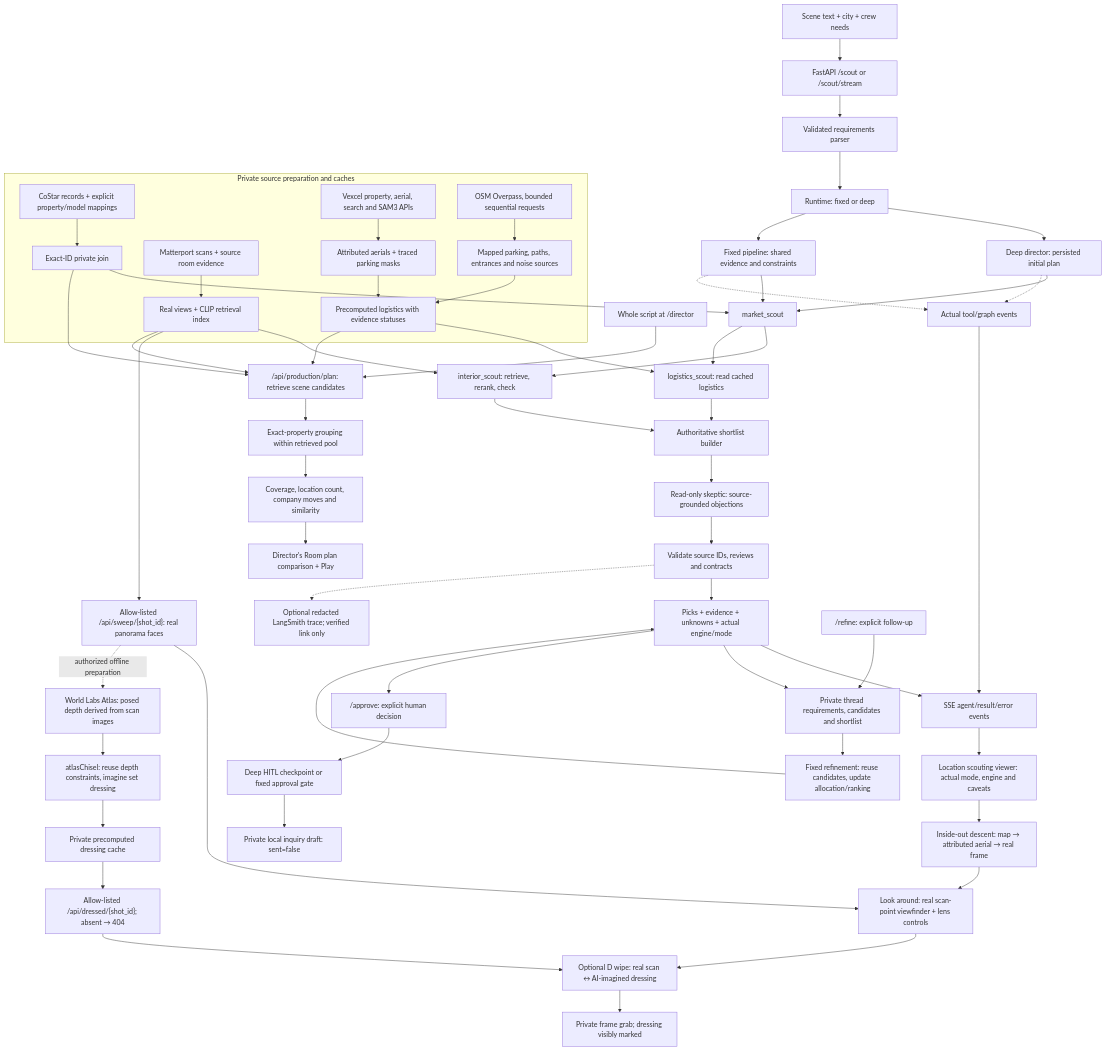
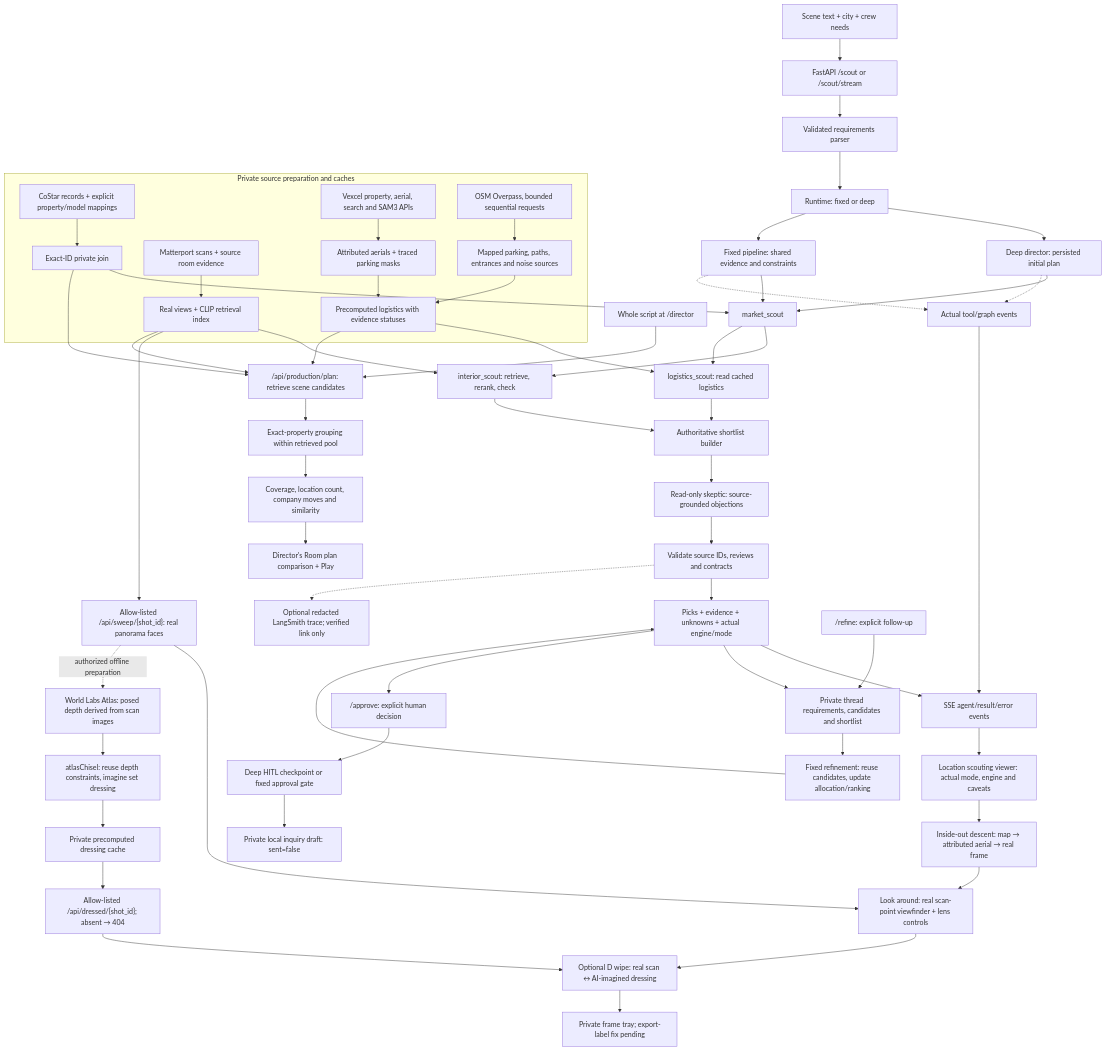
One commit to Tecncentral/typecast changed the diagram in docs/architecture.md. Above: the diagram before and after it, drawn with Mermaid. The commit also changed other lines of this file and 3 other files, not shown here.

Commit message:
Keep dressed frame export claim gated on label verification

````diff
--- a/docs/architecture.md
+++ b/docs/architecture.md
@@ -5,66 +5,66 @@
 ```mermaid
 flowchart TD
     Scene["Scene text + city + crew needs"] --> API["FastAPI /scout or /scout/stream"]
     API --> Parse["Validated requirements parser"]
     Parse --> Runtime["Runtime: fixed or deep"]
     Runtime --> Director["Deep director: persisted initial plan"]
     Runtime --> Fixed["Fixed pipeline: shared evidence and constraints"]
 
     subgraph Private["Private source preparation and caches"]
         CoStar["CoStar records + explicit property/model mappings"] --> Join["Exact-ID private join"]
         Matterport["Matterport scans + source room evidence"] --> Index["Real views + CLIP retrieval index"]
         Vexcel["Vexcel property, aerial, search and SAM3 APIs"] --> Aerial["Attributed aerials + traced parking masks"]
         OSM["OSM Overpass, bounded sequential requests"] --> Mapped["Mapped parking, paths, entrances and noise sources"]
         Aerial --> Cache["Precomputed logistics with evidence statuses"]
         Mapped --> Cache
     end
 
     Director --> Market["market_scout"]
     Fixed --> Market
     Join --> Market
     Market --> Interior["interior_scout: retrieve, rerank, check"]
     Market --> Logistics["logistics_scout: read cached logistics"]
     Index --> Interior
     Cache --> Logistics
     Interior --> Shortlist["Authoritative shortlist builder"]
     Logistics --> Shortlist
     Shortlist --> Skeptic["Read-only skeptic: source-grounded objections"]
     Skeptic --> Validate["Validate source IDs, reviews and contracts"]
     Validate --> Result["Picks + evidence + unknowns + actual engine/mode"]
 
     Director -.-> Events["Actual tool/graph events"]
     Fixed -.-> Events
     Events --> SSE["SSE agent/result/error events"]
     Result --> SSE
     Validate -.-> Trace["Optional redacted LangSmith trace; verified link only"]
 
     SSE --> Viewer["Location scouting viewer: actual mode, engine and caveats"]
     Viewer --> Descent["Inside-out descent: map → attributed aerial → real frame"]
     Descent --> Viewfinder["Look around: real scan-point viewfinder + lens controls"]
     Index --> Sweep["Allow-listed /api/sweep/{shot_id}: real panorama faces"]
     Sweep --> Viewfinder
     Sweep -. "authorized offline preparation" .-> Atlas["World Labs Atlas: posed depth derived from scan images"]
     Atlas --> Chisel["atlasChisel: reuse depth constraints, imagine set dressing"]
     Chisel --> DressedCache["Private precomputed dressing cache"]
     DressedCache --> DressedAPI["Allow-listed /api/dressed/{shot_id}; absent → 404"]
     DressedAPI --> Compare["Optional D wipe: real scan ↔ AI-imagined dressing"]
     Viewfinder --> Compare
-    Compare --> Grab["Private frame grab; dressing visibly marked"]
+    Compare --> Grab["Private frame tray; export-label fix pending"]
 
     Script["Whole script at /director"] --> Production["/api/production/plan: retrieve scene candidates"]
     Index --> Production
     Join --> Production
     Cache --> Production
     Production --> Group["Exact-property grouping within retrieved pool"]
     Group --> Plans["Coverage, location count, company moves and similarity"]
     Plans --> Reel["Director's Room plan comparison + Play"]
 
     Result --> State["Private thread requirements, candidates and shortlist"]
     Followup["/refine: explicit follow-up"] --> State
     State --> Refine["Fixed refinement: reuse candidates, update allocation/ranking"]
     Refine --> Result
 
     Result --> Approval["/approve: explicit human decision"]
     Approval --> Gate["Deep HITL checkpoint or fixed approval gate"]
     Gate --> Draft["Private local inquiry draft: sent=false"]
 ```
````
